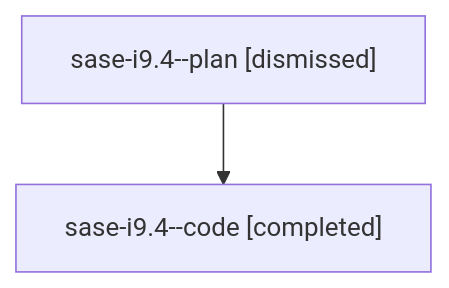
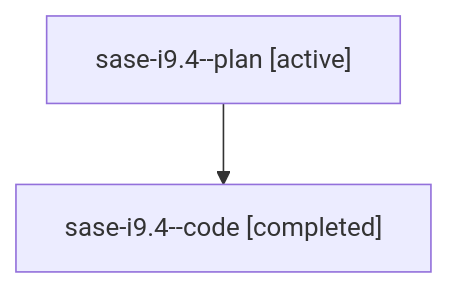
Before and after one commit to sase-org/sase--agents: the diagram in families/bbugyi200.athena.sase-i9.4.md, drawn with Mermaid. The commit also changed other lines of this file and 35830 other files, not shown here.

````diff
--- a/families/bbugyi200.athena.sase-i9.4.md
+++ b/families/bbugyi200.athena.sase-i9.4.md
@@ -9,6 +9,6 @@
 ```mermaid
 flowchart TD
-  n0["sase-i9.4--plan [dismissed]"]
+  n0["sase-i9.4--plan [active]"]
   n1["sase-i9.4--code [completed]"]
   n0 --> n1
 ```
````
